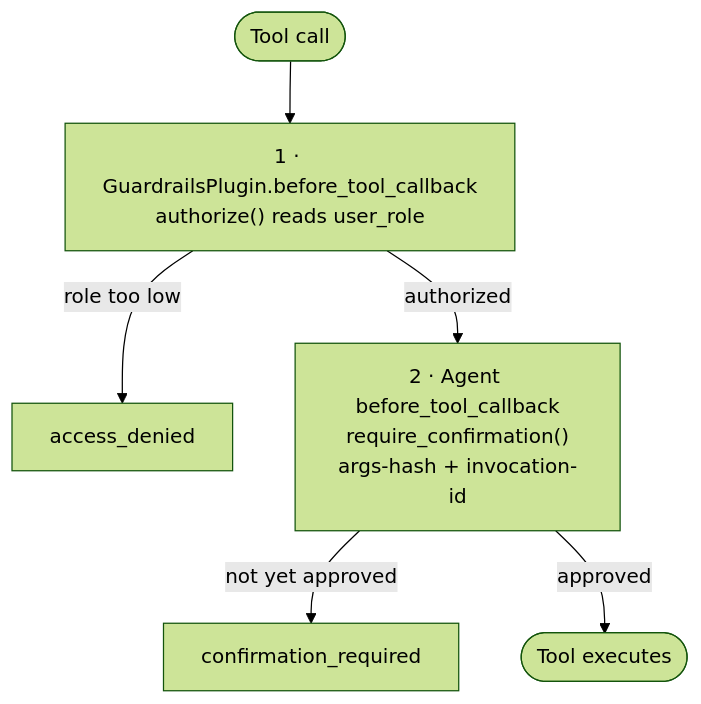
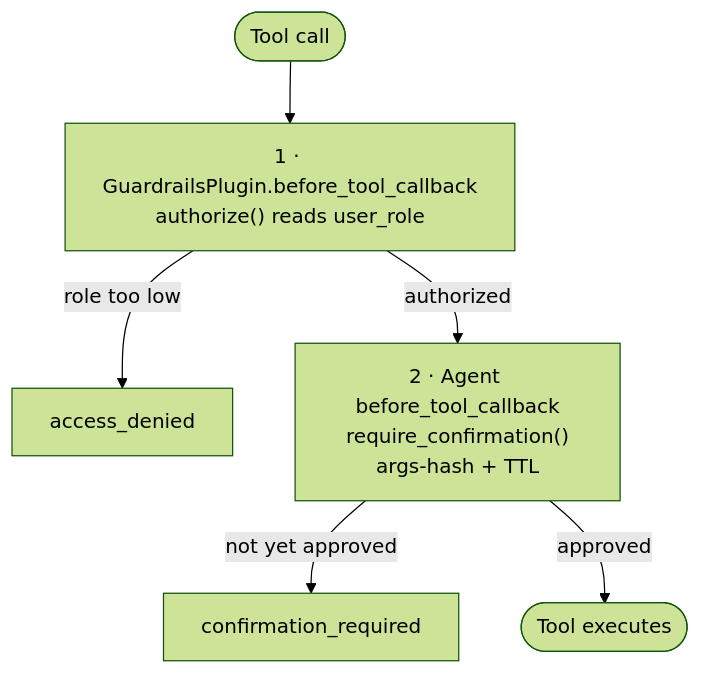
One commit to BAHALLA/orrery changed the diagram in docs/guardrails.md. Above: the diagram before and after it, drawn with Mermaid (forest theme). The commit also changed other lines of this file and 43 other files, not shown here.

````diff
--- a/docs/guardrails.md
+++ b/docs/guardrails.md
@@ -65,8 +65,8 @@
 ```mermaid
 graph TD
     CALL([Tool call]) --> RBAC["1 · GuardrailsPlugin.before_tool_callback<br/>authorize() reads user_role"]
     RBAC -->|role too low| DENY["access_denied"]
-    RBAC -->|authorized| CONF["2 · Agent before_tool_callback<br/>require_confirmation()<br/>args-hash + invocation-id"]
+    RBAC -->|authorized| CONF["2 · Agent before_tool_callback<br/>require_confirmation()<br/>args-hash + TTL"]
     CONF -->|not yet approved| WAIT["confirmation_required"]
     CONF -->|approved| RUN(["Tool executes"])
 ```
````
